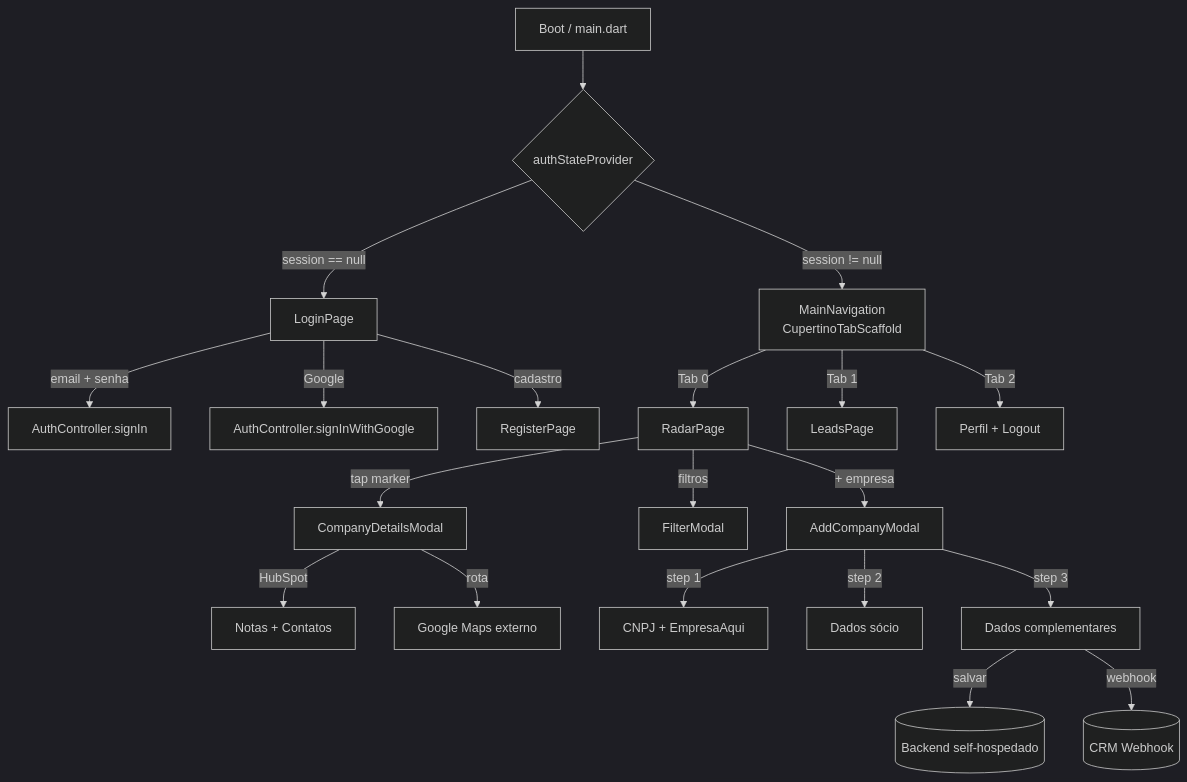
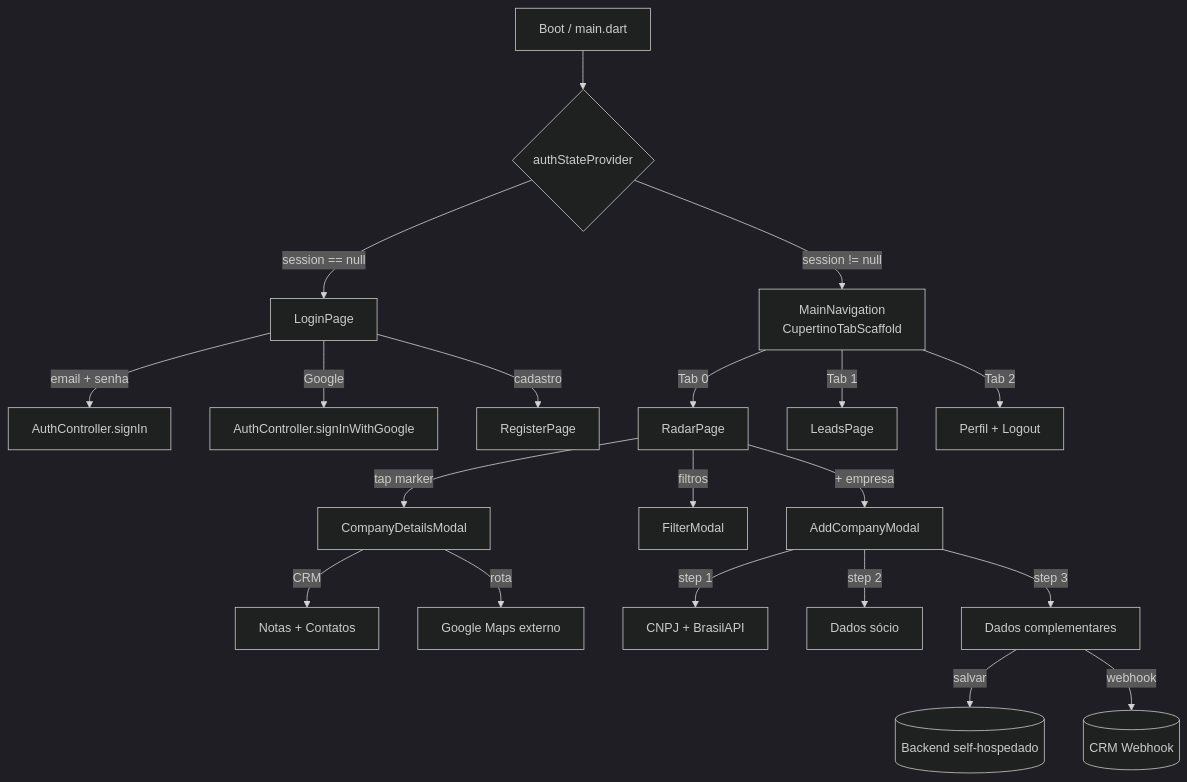
The second of 2 diagrams in CLAUDE.md (danielfercope/rumo-app), drawn with Mermaid (dark theme) before and after one commit. The commit also changed other lines of this file and 29 other files, not shown here.

First line of the commit message:
feat: implementa integração real de CRM e consulta de CNPJ com nomes agnósticos de fornecedor

````diff
--- a/CLAUDE.md
+++ b/CLAUDE.md
@@ -132,27 +131,27 @@
 ```mermaid
 flowchart TD
     BOOT[Boot / main.dart] --> AUTH_STATE{authStateProvider}
     AUTH_STATE -->|session == null| LOGIN[LoginPage]
     AUTH_STATE -->|session != null| NAV[MainNavigation<br/>CupertinoTabScaffold]
 
     LOGIN -->|email + senha| SIGN_IN[AuthController.signIn]
     LOGIN -->|Google| GOOGLE[AuthController.signInWithGoogle]
     LOGIN -->|cadastro| REGISTER[RegisterPage]
 
     NAV -->|Tab 0| RADAR[RadarPage]
     NAV -->|Tab 1| LEADS[LeadsPage]
     NAV -->|Tab 2| PROFILE_TAB[Perfil + Logout]
 
     RADAR -->|tap marker| DETAILS[CompanyDetailsModal]
     RADAR -->|filtros| FILTER_MODAL[FilterModal]
     RADAR -->|+ empresa| ADD[AddCompanyModal]
 
-    DETAILS -->|HubSpot| HS_NOTES_VIEW[Notas + Contatos]
+    DETAILS -->|CRM| HS_NOTES_VIEW[Notas + Contatos]
     DETAILS -->|rota| MAPS[Google Maps externo]
 
-    ADD -->|step 1| CNPJ_STEP[CNPJ + EmpresaAqui]
+    ADD -->|step 1| CNPJ_STEP[CNPJ + BrasilAPI]
     ADD -->|step 2| SOCIO_STEP[Dados sócio]
     ADD -->|step 3| COMP_STEP[Dados complementares]
     COMP_STEP -->|salvar| BACKEND[(Backend self-hospedado)]
     COMP_STEP -->|webhook| CRM[(CRM Webhook)]
 ```
````
